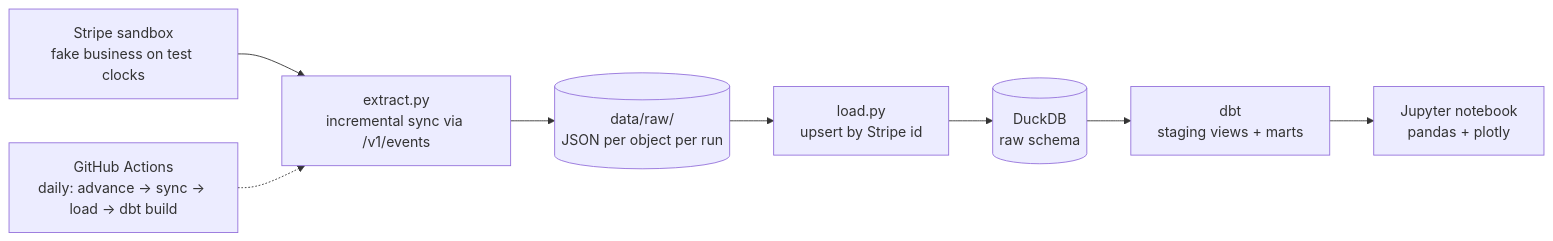
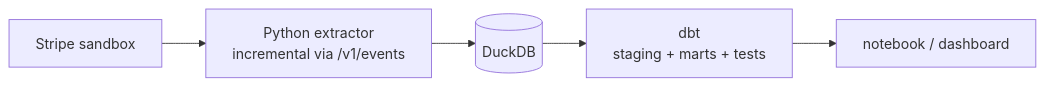
One commit to mcvelferdomadenik-cloud/saas-billing-pipeline changed the diagram in README.md. Above: the diagram before and after it, drawn with Mermaid. The commit also changed other lines of this file and 9 other files, not shown here.

````diff
--- a/README.md
+++ b/README.md
@@ -33,12 +30,4 @@
 ```mermaid
 flowchart LR
-    S[Stripe sandbox<br/>fake business on test clocks]
-    E[extract.py<br/>incremental sync via /v1/events]
-    R[(data/raw/<br/>JSON per object per run)]
-    L[load.py<br/>upsert by Stripe id]
-    D[(DuckDB<br/>raw schema)]
-    T[dbt<br/>staging views + marts]
-    N[Jupyter notebook<br/>pandas + plotly]
-    S --> E --> R --> L --> D --> T --> N
-    A[GitHub Actions<br/>daily: advance → sync → load → dbt build] -.-> E
+    S[Stripe sandbox] --> E[Python extractor<br/>incremental via /v1/events] --> D[(DuckDB)] --> T[dbt<br/>staging + marts + tests] --> N[notebook / dashboard]
 ```
````
